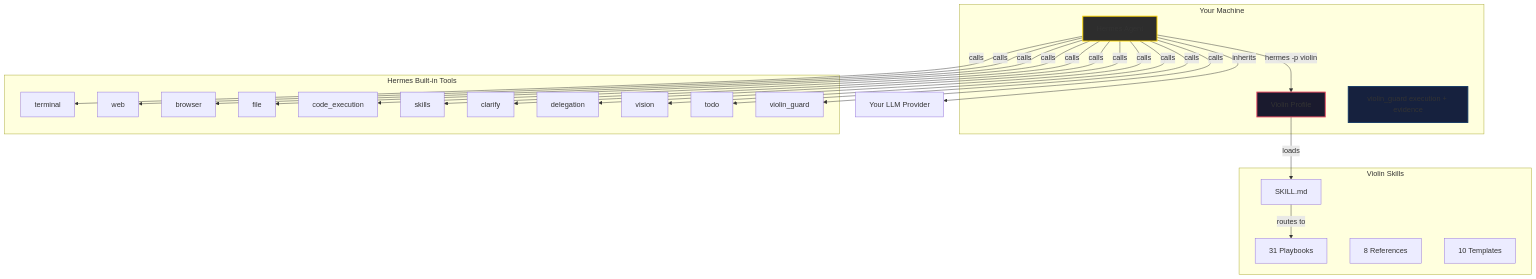
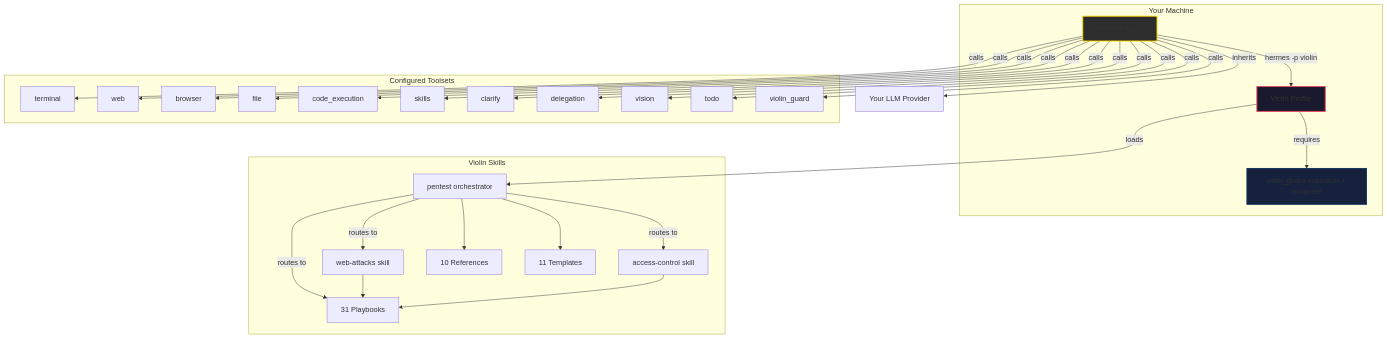
Before and after one commit to Strategic-Automation/violin: the second of 3 diagrams in README.md, drawn with Mermaid. The commit also changed other lines of this file and 53 other files, not shown here.

````diff
--- a/README.md
+++ b/README.md
@@ -111,41 +112,47 @@
 ```mermaid
 graph TB
     subgraph "Your Machine"
         HE["Hermes Agent"]
         VI["Violin Profile"]
         GUARD["violin_guard execution + evidence"]
     end
     
     subgraph "Violin Skills"
-        SK["SKILL.md"]
+        SK["pentest orchestrator"]
+        WEB["web-attacks skill"]
+        AC["access-control skill"]
         PB["31 Playbooks"]
-        REF["8 References"]
-        TEMP["10 Templates"]
+        REF["10 References"]
+        TEMP["11 Templates"]
     end
     
-    subgraph "Hermes Built-in Tools"
+    subgraph "Configured Toolsets"
         T["terminal"]
         W["web"]
         B["browser"]
         F["file"]
         CE["code_execution"]
         S["skills"]
         CL["clarify"]
         D["delegation"]
         V["vision"]
         TD["todo"]
         VG["violin_guard"]
     end
     
     LLM["Your LLM Provider"]
     
     HE -->|"hermes -p violin"| VI
     VI -->|"loads"| SK
-    SK -->|"routes to"| PB
+    VI -->|"requires"| GUARD
+    SK -->|"routes to"| WEB & AC & PB
+    WEB --> PB
+    AC --> PB
+    SK --> REF & TEMP
     HE -->|"calls"| T & W & B & F & CE & S & CL & D & V & TD & VG
     HE -->|"inherits"| LLM
 
     style HE fill:#2d2d2d,stroke:#ffd700,stroke-width:2px
     style VI fill:#1a1a2e,stroke:#e94560,stroke-width:2px
     style GUARD fill:#16213e,stroke:#0f3460,stroke-width:2px
 ```
````
